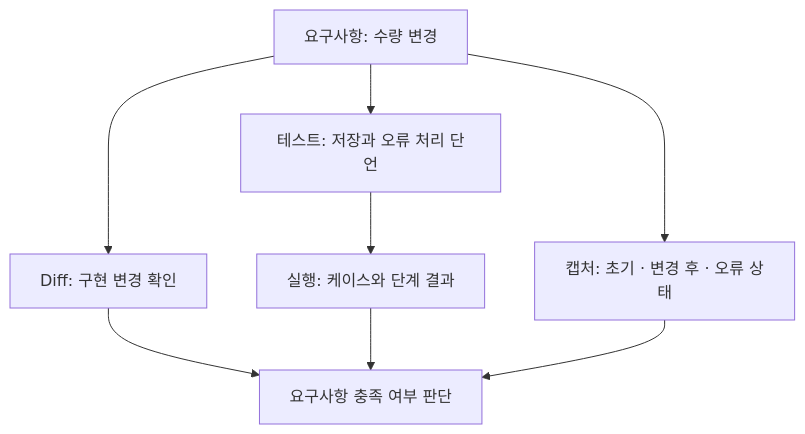
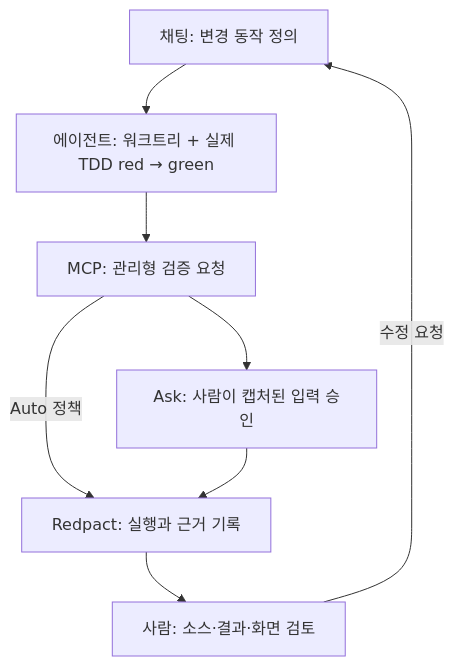
One commit to wo658/redpact changed the diagram in docs/review-workflow.ko.md. Above: the diagram before and after it, drawn with Mermaid. The commit also changed other lines of this file and 181 other files, not shown here.

````diff
--- a/docs/review-workflow.ko.md
+++ b/docs/review-workflow.ko.md
@@ -38,10 +13,10 @@
 ```mermaid
 flowchart TD
-    Q["요구사항: 수량 변경"] --> D["Diff: 구현 변경 확인"]
-    Q --> T["테스트: 저장과 오류 처리 단언"]
-    T --> R["실행: 케이스와 단계 결과"]
-    Q --> C["캡처: 초기 · 변경 후 · 오류 상태"]
-    D --> J["요구사항 충족 여부 판단"]
-    R --> J
-    C --> J
+    C["채팅: 변경 동작 정의"] --> T["에이전트: 워크트리 + 실제 TDD red → green"]
+    T --> M["MCP: 관리형 검증 요청"]
+    M --> A["Ask: 사람이 캡처된 입력 승인"]
+    M -->|"Auto 정책"| E["Redpact: 실행과 근거 기록"]
+    A --> E
+    E --> H["사람: 소스·결과·화면 검토"]
+    H -->|"수정 요청"| C
 ```
````
